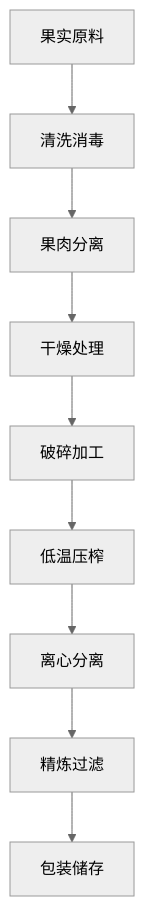
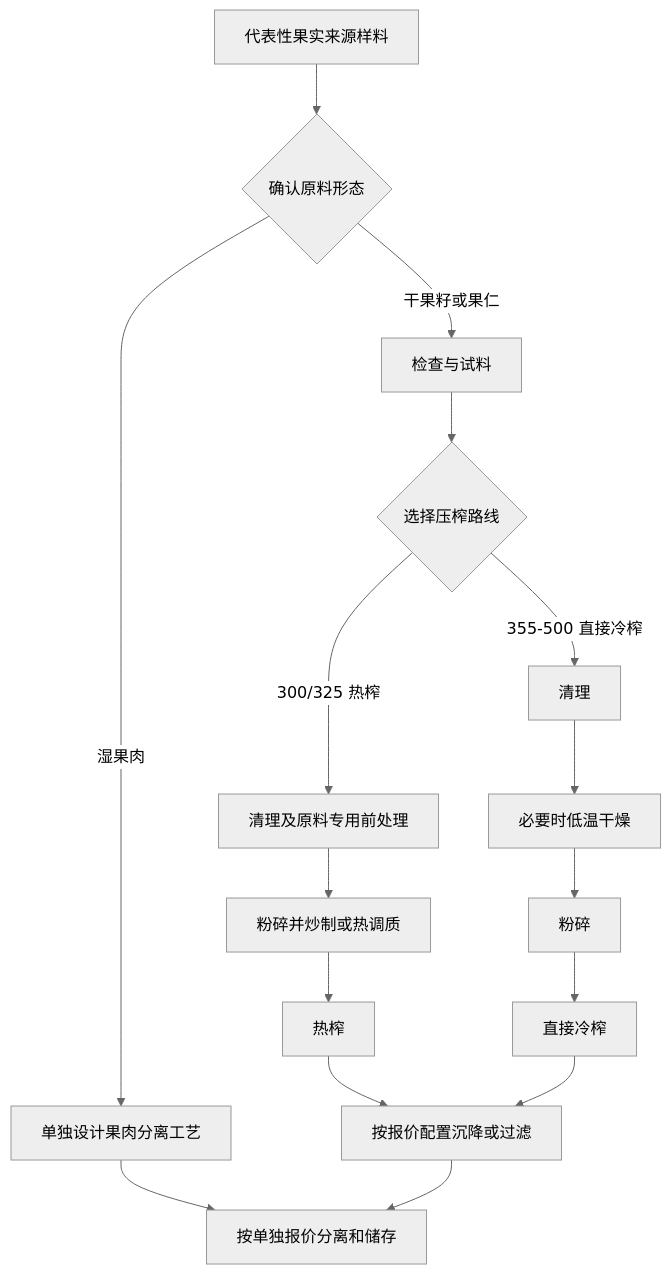
The diagram in docs/zh/solutions/fruits.md (roryshanshan/oilpress-website), drawn with Mermaid (neutral theme) before and after one commit. The commit also changed other lines of this file and 1420 other files, not shown here.

````diff
--- a/docs/zh/solutions/fruits.md
+++ b/docs/zh/solutions/fruits.md
@@ -72,11 +34,18 @@
 ```mermaid
-graph TD
-    A[果实原料] --> B[清洗消毒]
-    B --> C[果肉分离]
-    C --> D[干燥处理]
-    D --> E[破碎加工]
-    E --> F[低温压榨]
-    F --> G[离心分离]
-    G --> H[精炼过滤]
-    H --> I[包装储存]
+flowchart TD
+    A[代表性果实来源样料] --> B{确认原料形态}
+    B -->|湿果肉| C[单独设计果肉分离工艺]
+    B -->|干果籽或果仁| D[检查与试料]
+    D --> E{选择压榨路线}
+    E -->|300/325 热榨| F[清理及原料专用前处理]
+    F --> G[粉碎并炒制或热调质]
+    G --> H[热榨]
+    E -->|355-500 直接冷榨| I[清理]
+    I --> J[必要时低温干燥]
+    J --> K[粉碎]
+    K --> L[直接冷榨]
+    H --> M[按报价配置沉降或过滤]
+    L --> M
+    C --> N[按单独报价分离和储存]
+    M --> N
 ```
````
